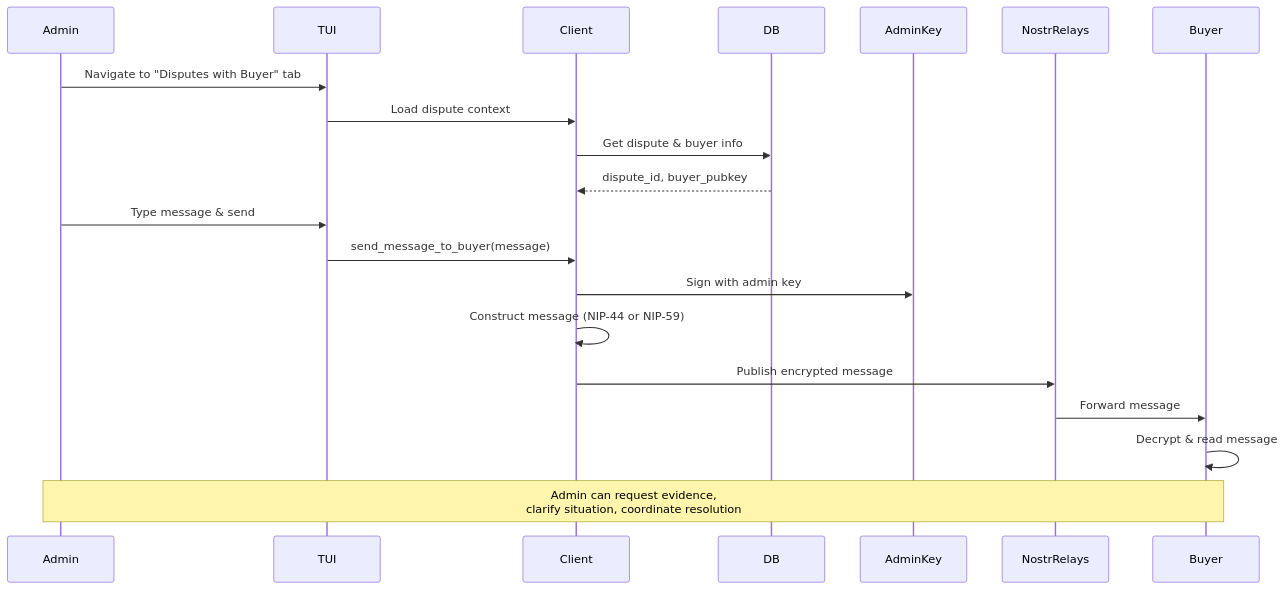
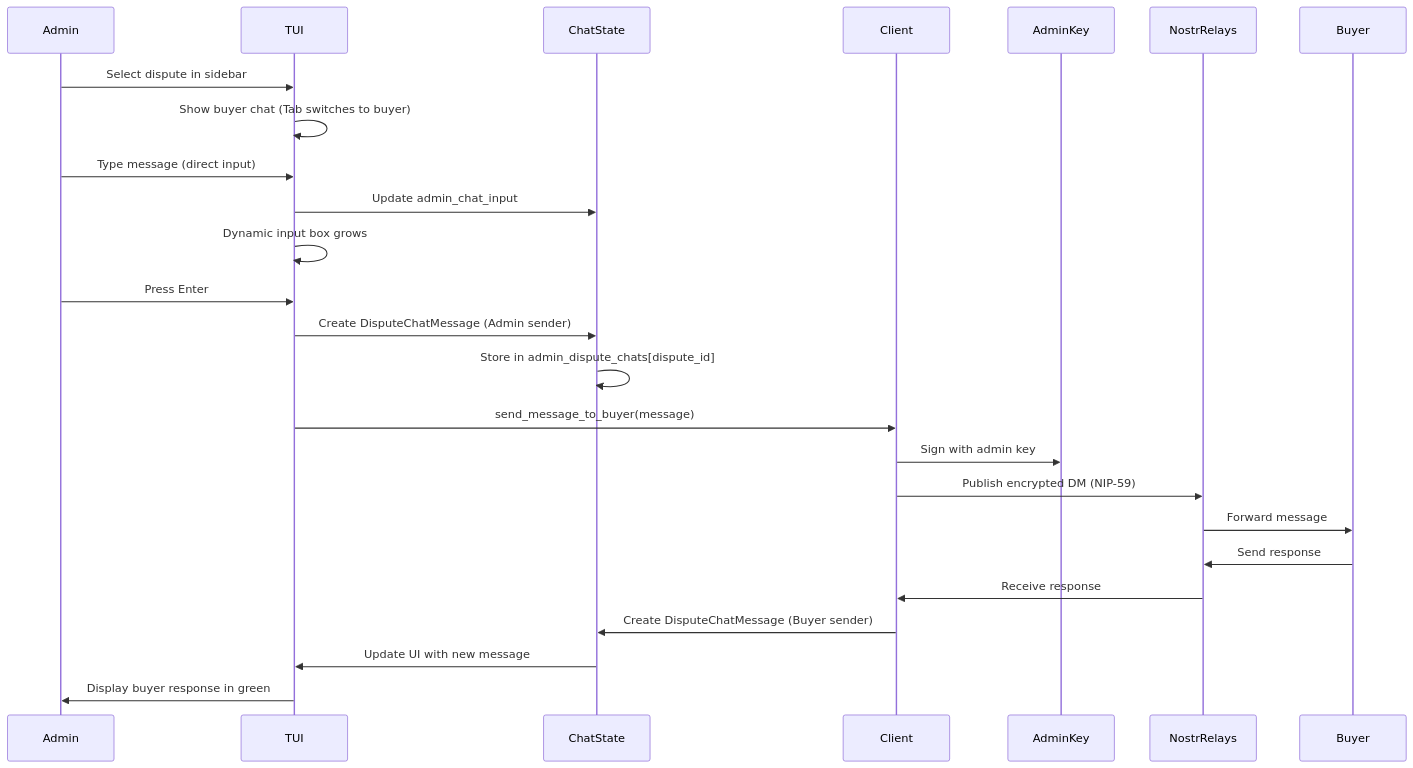
The fourth of 5 diagrams in docs/ADMIN_DISPUTES.md (MostroP2P/mostrix), drawn with Mermaid before and after one commit. The commit also changed other lines of this file and 2 other files, not shown here.

````diff
--- a/docs/ADMIN_DISPUTES.md
+++ b/docs/ADMIN_DISPUTES.md
@@ -413,23 +501,28 @@
 ```mermaid
 sequenceDiagram
     participant Admin
     participant TUI
+    participant ChatState
     participant Client
-    participant DB
     participant AdminKey
     participant NostrRelays
     participant Buyer
 
-    Admin->>TUI: Navigate to "Disputes with Buyer" tab
-    TUI->>Client: Load dispute context
-    Client->>DB: Get dispute & buyer info
-    DB-->>Client: dispute_id, buyer_pubkey
-    Admin->>TUI: Type message & send
+    Admin->>TUI: Select dispute in sidebar
+    TUI->>TUI: Show buyer chat (Tab switches to buyer)
+    Admin->>TUI: Type message (direct input)
+    TUI->>ChatState: Update admin_chat_input
+    TUI->>TUI: Dynamic input box grows
+    Admin->>TUI: Press Enter
+    TUI->>ChatState: Create DisputeChatMessage (Admin sender)
+    ChatState->>ChatState: Store in admin_dispute_chats[dispute_id]
     TUI->>Client: send_message_to_buyer(message)
     Client->>AdminKey: Sign with admin key
-    Client->>Client: Construct message (NIP-44 or NIP-59)
-    Client->>NostrRelays: Publish encrypted message
+    Client->>NostrRelays: Publish encrypted DM (NIP-59)
     NostrRelays->>Buyer: Forward message
-    Buyer->>Buyer: Decrypt & read message
-    Note over Admin,Buyer: Admin can request evidence,<br/>clarify situation, coordinate resolution
+    Buyer->>NostrRelays: Send response
+    NostrRelays->>Client: Receive response
+    Client->>ChatState: Create DisputeChatMessage (Buyer sender)
+    ChatState->>TUI: Update UI with new message
+    TUI->>Admin: Display buyer response in green
 ```
````
